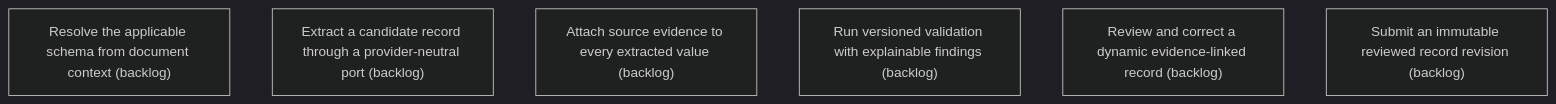
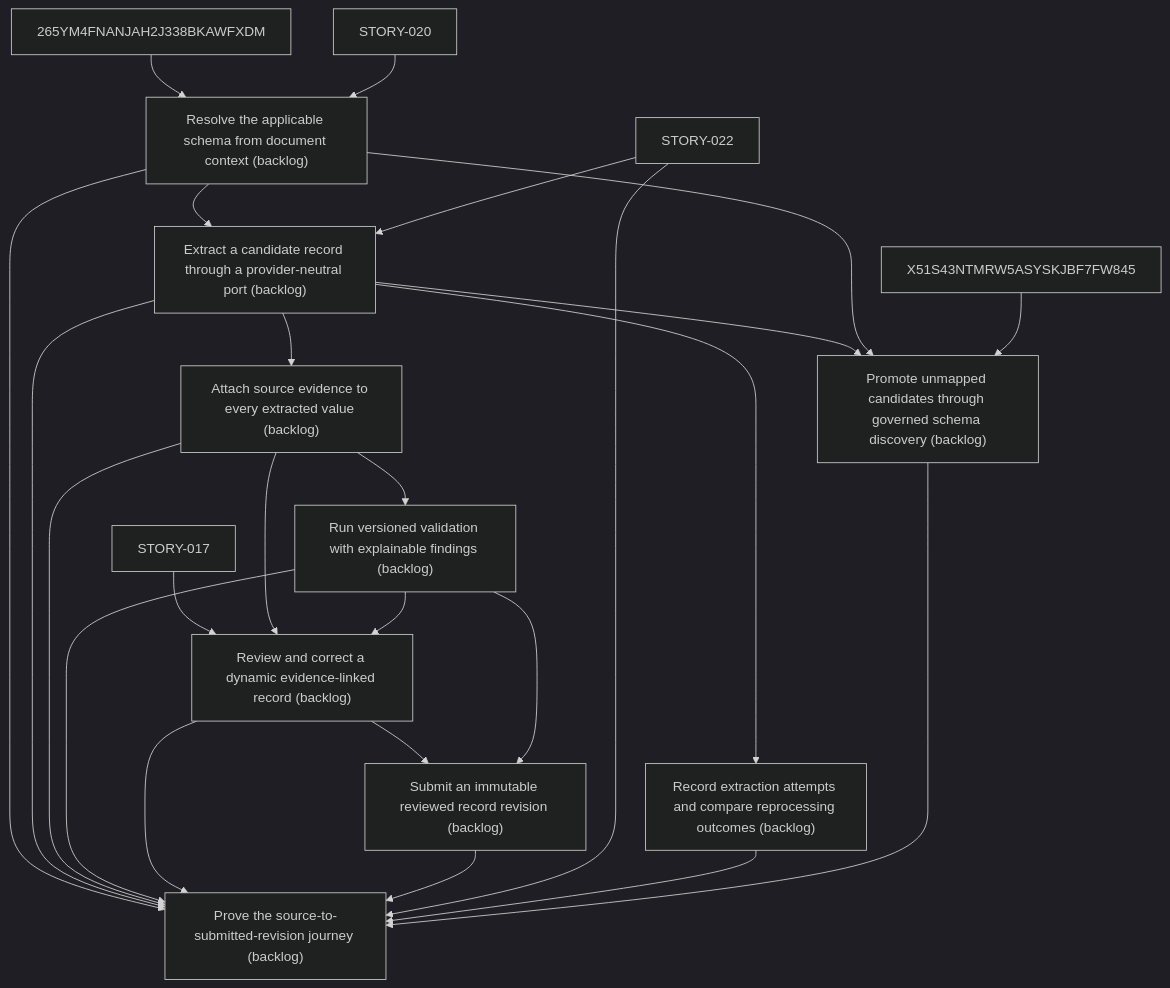
The diagram in .skyhook/plan/epics/78QQ2PHQ2E1QHQV03FFBCXYRQD.md (asadayoub/Evidentia), drawn with Mermaid (dark theme) before and after one commit. The commit also changed other lines of this file and 50 other files, not shown here.

Commit message:
chore(skyhook): establish full product story roadmap

````diff
--- a/.skyhook/plan/epics/78QQ2PHQ2E1QHQV03FFBCXYRQD.md
+++ b/.skyhook/plan/epics/78QQ2PHQ2E1QHQV03FFBCXYRQD.md
@@ -25,9 +28,36 @@
 ```mermaid
 flowchart TD
     SHF26TB4C43PC4KD2W3PRZ3R78["Resolve the applicable schema from document context (backlog)"]
+    265YM4FNANJAH2J338BKAWFXDM --> SHF26TB4C43PC4KD2W3PRZ3R78
+    STORY-020 --> SHF26TB4C43PC4KD2W3PRZ3R78
     WN341EKS97VGCX76ZFR0KHX96Y["Extract a candidate record through a provider-neutral port (backlog)"]
+    SHF26TB4C43PC4KD2W3PRZ3R78 --> WN341EKS97VGCX76ZFR0KHX96Y
+    STORY-022 --> WN341EKS97VGCX76ZFR0KHX96Y
     QM5MGN4VTK1J9CWEXMC50RM00G["Attach source evidence to every extracted value (backlog)"]
+    WN341EKS97VGCX76ZFR0KHX96Y --> QM5MGN4VTK1J9CWEXMC50RM00G
     YKQFD89QJYH87GQSMKCVQ104AK["Run versioned validation with explainable findings (backlog)"]
+    QM5MGN4VTK1J9CWEXMC50RM00G --> YKQFD89QJYH87GQSMKCVQ104AK
     MAQPX7K4Z5MD3BNT93YFJBRZR5["Review and correct a dynamic evidence-linked record (backlog)"]
+    STORY-017 --> MAQPX7K4Z5MD3BNT93YFJBRZR5
+    QM5MGN4VTK1J9CWEXMC50RM00G --> MAQPX7K4Z5MD3BNT93YFJBRZR5
+    YKQFD89QJYH87GQSMKCVQ104AK --> MAQPX7K4Z5MD3BNT93YFJBRZR5
     ZSHX48Q9AHPEBJCDM0DAD8ED2H["Submit an immutable reviewed record revision (backlog)"]
+    MAQPX7K4Z5MD3BNT93YFJBRZR5 --> ZSHX48Q9AHPEBJCDM0DAD8ED2H
+    YKQFD89QJYH87GQSMKCVQ104AK --> ZSHX48Q9AHPEBJCDM0DAD8ED2H
+    STORY-023["Record extraction attempts and compare reprocessing outcomes (backlog)"]
+    WN341EKS97VGCX76ZFR0KHX96Y --> STORY-023
+    STORY-024["Promote unmapped candidates through governed schema discovery (backlog)"]
+    WN341EKS97VGCX76ZFR0KHX96Y --> STORY-024
+    SHF26TB4C43PC4KD2W3PRZ3R78 --> STORY-024
+    X51S43NTMRW5ASYSKJBF7FW845 --> STORY-024
+    STORY-025["Prove the source-to-submitted-revision journey (backlog)"]
+    SHF26TB4C43PC4KD2W3PRZ3R78 --> STORY-025
+    WN341EKS97VGCX76ZFR0KHX96Y --> STORY-025
+    QM5MGN4VTK1J9CWEXMC50RM00G --> STORY-025
+    YKQFD89QJYH87GQSMKCVQ104AK --> STORY-025
+    MAQPX7K4Z5MD3BNT93YFJBRZR5 --> STORY-025
+    ZSHX48Q9AHPEBJCDM0DAD8ED2H --> STORY-025
+    STORY-022 --> STORY-025
+    STORY-023 --> STORY-025
+    STORY-024 --> STORY-025
 ```
````
